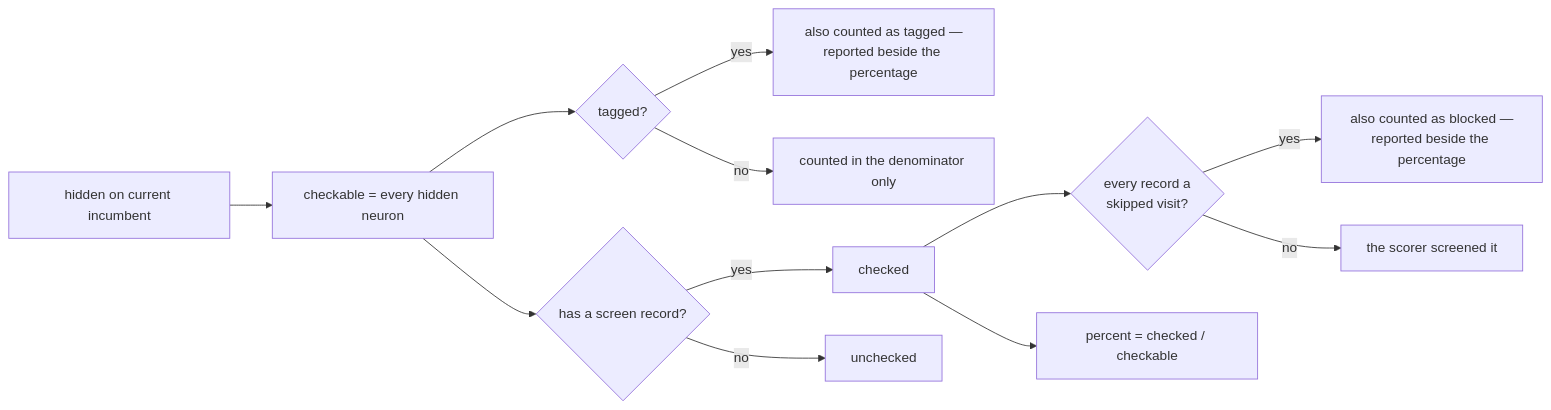
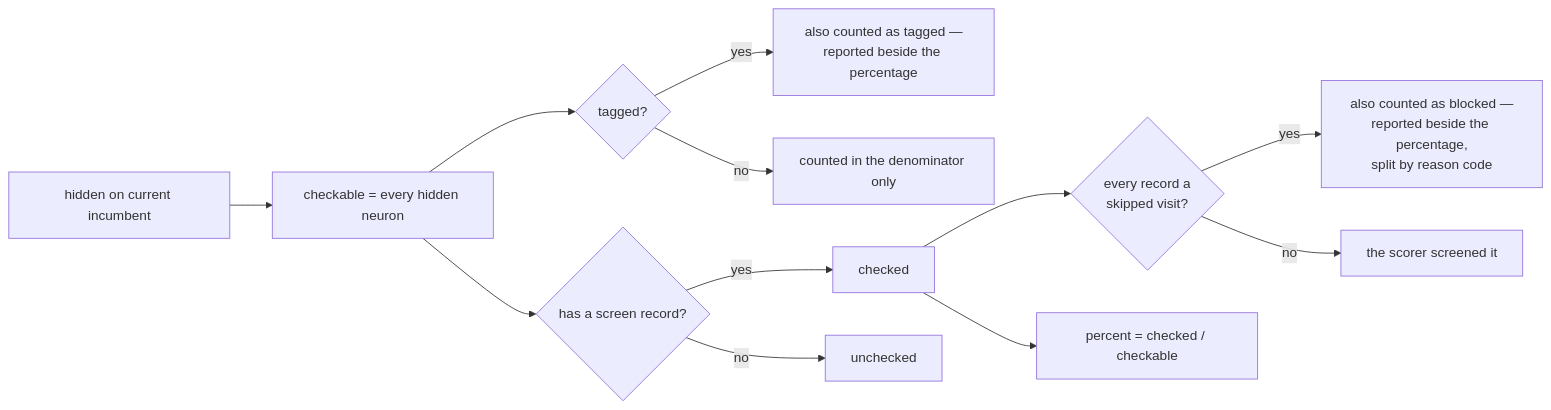
Before and after one commit to stSoftwareAU/NEAT-AI-Ockham: the sixth of 12 diagrams in README.md, drawn with Mermaid. The commit also changed other lines of this file and 18 other files, not shown here.

Commit message:
Break down blocked neurons by reason and attack the largest pruneable category first (Issue #103) (#114)

````diff
--- a/README.md
+++ b/README.md
@@ -651,14 +673,14 @@
 ```mermaid
 flowchart LR
     H["hidden on current incumbent"] --> C["checkable = every hidden neuron"]
     C --> T{"tagged?"}
     T -->|yes| G["also counted as tagged —<br/>reported beside the percentage"]
     T -->|no| N["counted in the denominator only"]
     C --> S{"has a screen record?"}
     S -->|yes| D["checked"]
     S -->|no| U["unchecked"]
     D --> B{"every record a<br/>skipped visit?"}
-    B -->|yes| K["also counted as blocked —<br/>reported beside the percentage"]
+    B -->|yes| K["also counted as blocked —<br/>reported beside the percentage,<br/>split by reason code"]
     B -->|no| Q["the scorer screened it"]
     D --> P["percent = checked / checkable"]
 ```
````
